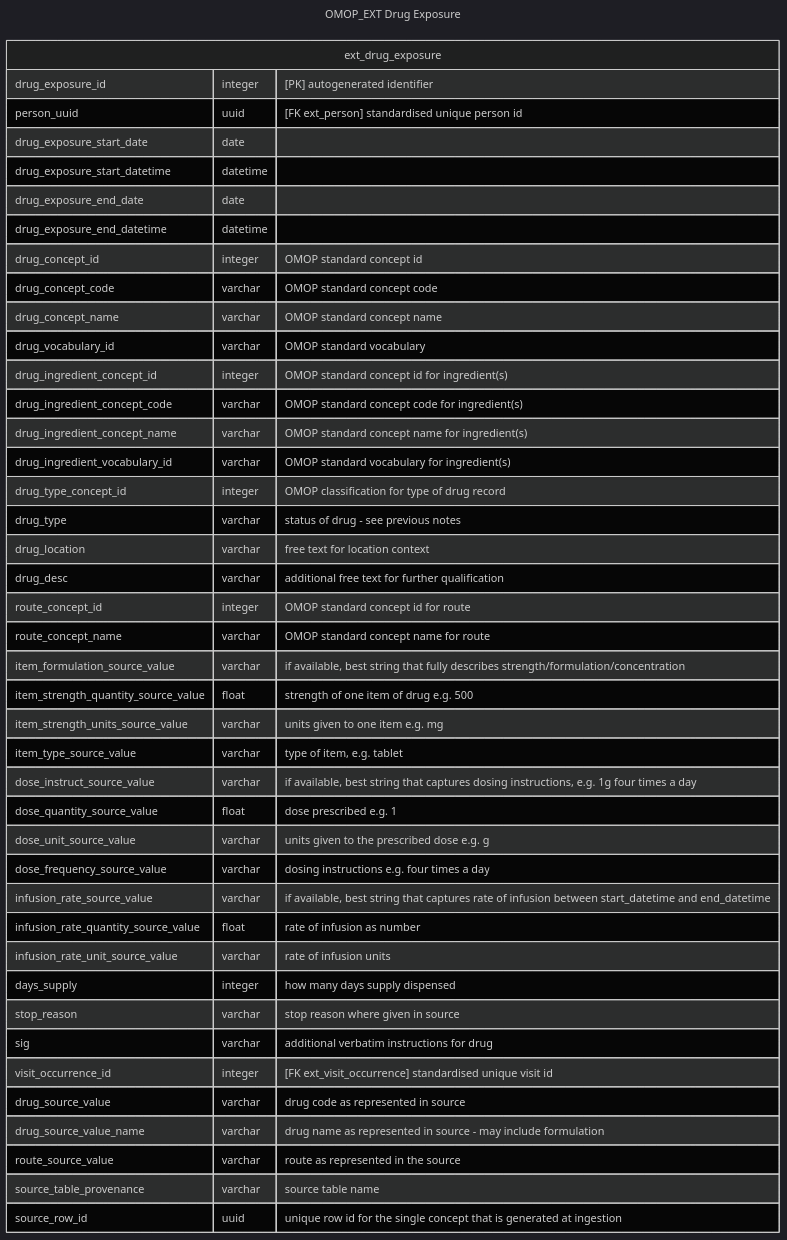
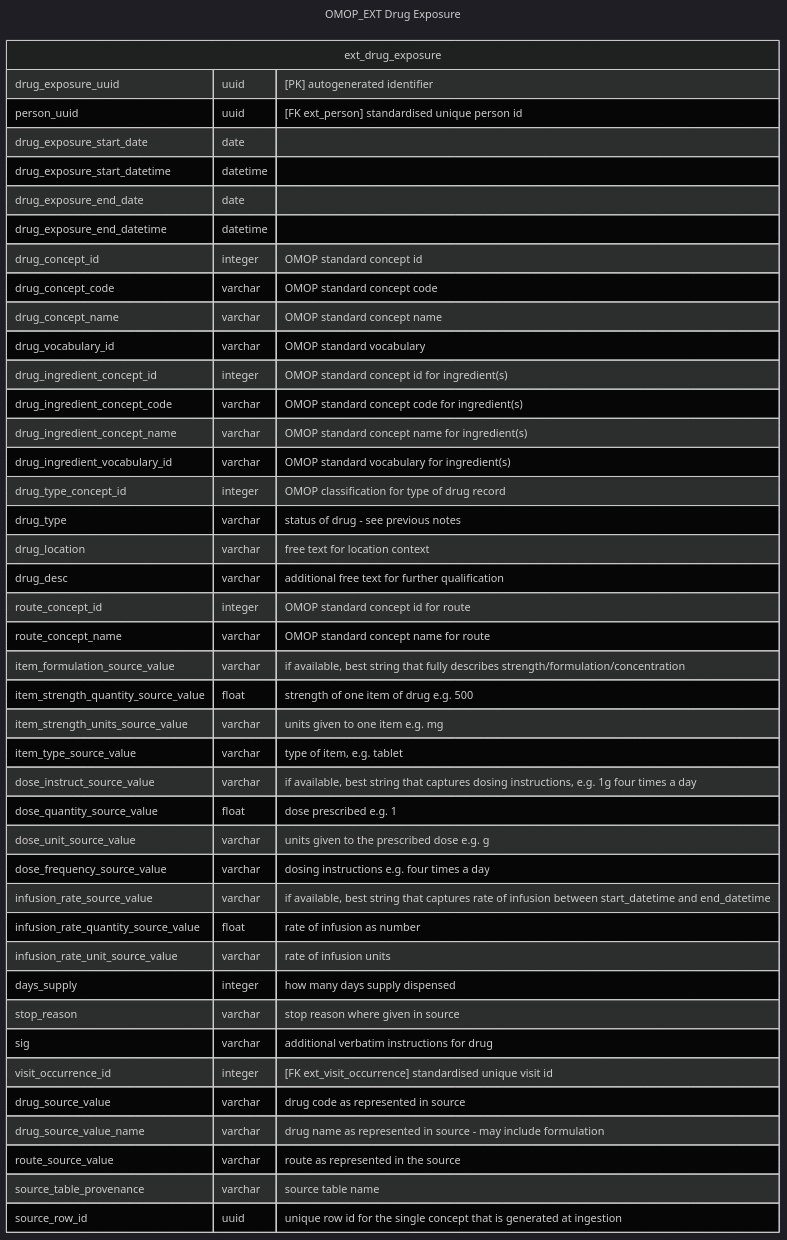
Before and after one commit to d3london/sde_aic_external_docs: the third of 4 diagrams in src/pages/data_model/cdm_drug_exposure.qmd, drawn with Mermaid (dark theme). The commit also changed other lines of this file and 3 other files, not shown here.

````diff
--- a/src/pages/data_model/cdm_drug_exposure.qmd
+++ b/src/pages/data_model/cdm_drug_exposure.qmd
@@ -129,48 +129,48 @@
 ```{mermaid}
 ---
 title: OMOP_EXT Drug Exposure
 ---
 erDiagram
     ext_drug_exposure {
-        drug_exposure_id integer "[PK] autogenerated identifier"
+        drug_exposure_uuid uuid "[PK] autogenerated identifier"
         person_uuid uuid "[FK ext_person] standardised unique person id"
         drug_exposure_start_date date
         drug_exposure_start_datetime datetime
         drug_exposure_end_date date
         drug_exposure_end_datetime datetime  
         drug_concept_id integer "OMOP standard concept id"
         drug_concept_code varchar "OMOP standard concept code"
         drug_concept_name varchar "OMOP standard concept name"
         drug_vocabulary_id varchar "OMOP standard vocabulary" 
         drug_ingredient_concept_id integer "OMOP standard concept id for ingredient(s)"
         drug_ingredient_concept_code varchar "OMOP standard concept code for ingredient(s)"
         drug_ingredient_concept_name varchar "OMOP standard concept name for ingredient(s)"            
         drug_ingredient_vocabulary_id varchar "OMOP standard vocabulary for ingredient(s)"
         drug_type_concept_id integer "OMOP classification for type of drug record"                   
         drug_type varchar "status of drug - see previous notes"
         drug_location varchar "free text for location context"
         drug_desc varchar "additional free text for further qualification"
         route_concept_id integer "OMOP standard concept id for route"
         route_concept_name varchar "OMOP standard concept name for route"
         item_formulation_source_value varchar "if available, best string that fully describes strength/formulation/concentration"
         item_strength_quantity_source_value float "strength of one item of drug e.g. 500"
         item_strength_units_source_value varchar "units given to one item e.g. mg"        
         item_type_source_value varchar "type of item, e.g. tablet"
         dose_instruct_source_value varchar "if available, best string that captures dosing instructions, e.g. 1g four times a day"
         dose_quantity_source_value float "dose prescribed e.g. 1"
         dose_unit_source_value varchar "units given to the prescribed dose e.g. g"
         dose_frequency_source_value varchar "dosing instructions e.g. four times a day"
         infusion_rate_source_value varchar "if available, best string that captures rate of infusion between start_datetime and end_datetime"
         infusion_rate_quantity_source_value float "rate of infusion as number"
         infusion_rate_unit_source_value varchar "rate of infusion units"
         days_supply integer "how many days supply dispensed"
         stop_reason varchar "stop reason where given in source"
         sig varchar "additional verbatim instructions for drug"
         visit_occurrence_id integer "[FK ext_visit_occurrence] standardised unique visit id"
         drug_source_value varchar "drug code as represented in source"
         drug_source_value_name varchar "drug name as represented in source - may include formulation"     
         route_source_value varchar "route as represented in the source"           
         source_table_provenance varchar "source table name"
         source_row_id uuid "unique row id for the single concept that is generated at ingestion"
     }
 ```
````
